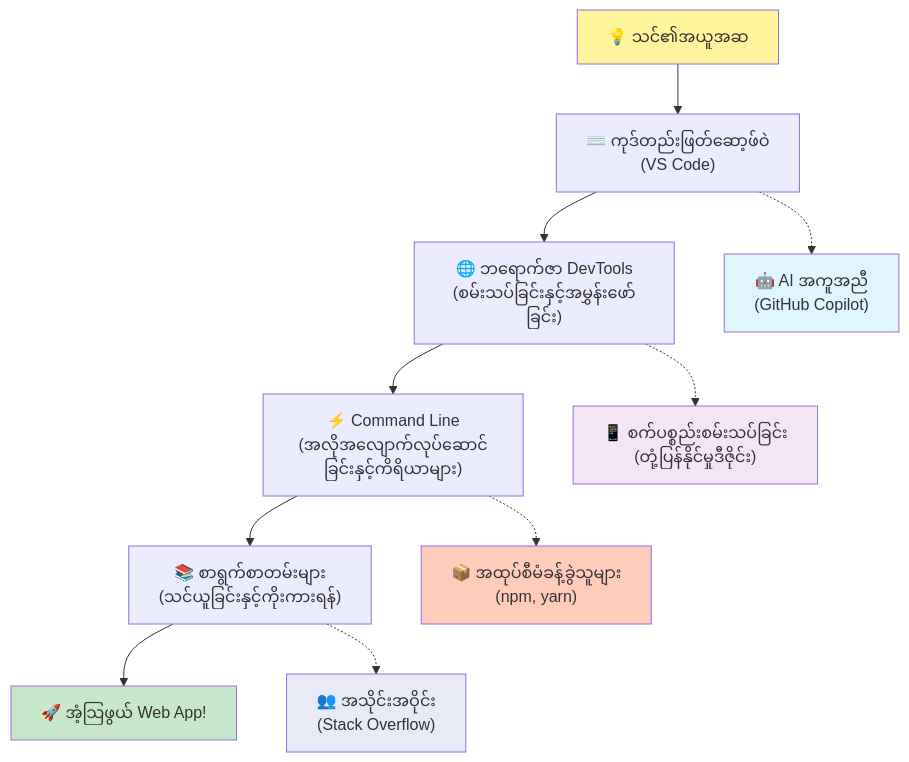
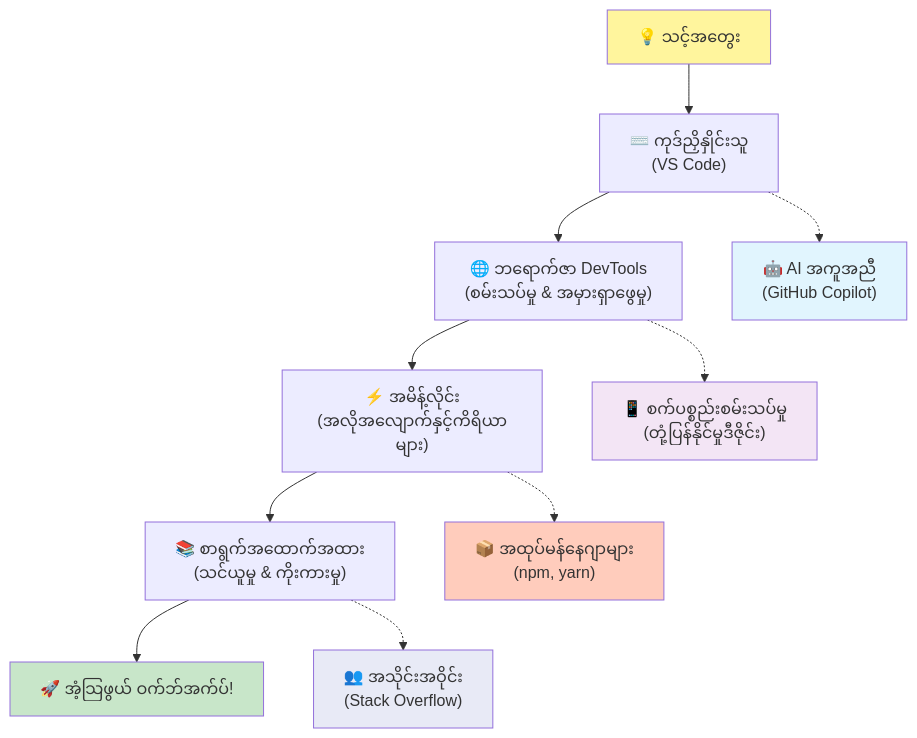
Before and after one commit to microsoft/Web-Dev-For-Beginners: the fifth of 7 diagrams in translations/my/1-getting-started-lessons/1-intro-to-programming-languages/README.md, drawn with Mermaid. The commit also changed other lines of this file and 8 other files, not shown here.

````diff
--- a/translations/my/1-getting-started-lessons/1-intro-to-programming-languages/README.md
+++ b/translations/my/1-getting-started-lessons/1-intro-to-programming-languages/README.md
@@ -487,20 +488,20 @@
 ```mermaid
 graph TD
-    A["💡 သင်၏အယူအဆ"] --> B["⌨️ ကုဒ်တည်းဖြတ်ဆော့ဖ်ဝဲ<br/>(VS Code)"] 
-    B --> C["🌐 ဘရောက်ဇာ DevTools<br/>(စမ်းသပ်ခြင်းနှင့်အမွှန်းဖော်ခြင်း)"]
-    C --> D["⚡ Command Line<br/>(အလိုအလျောက်လုပ်ဆောင်ခြင်းနှင့်ကိရိယာများ)"]
-    D --> E["📚 စာရွက်စာတမ်းများ<br/>(သင်ယူခြင်းနှင့်ကိုးကားရန်)"]
-    E --> F["🚀 အံ့သြဖွယ် Web App!"]
+    A["💡 သင့်အတွေး"] --> B["⌨️ ကုဒ်ညှိနှိုင်းသူ<br/>(VS Code)"] 
+    B --> C["🌐 ဘရောက်ဇာ DevTools<br/>(စမ်းသပ်မှု & အမှားရှာဖွေမှု)"]
+    C --> D["⚡ အမိန့်လိုင်း<br/>(အလိုအလျောက်နှင့်ကိရိယာများ)"]
+    D --> E["📚 စာရွက်အထောက်အထား<br/>(သင်ယူမှု & ကိုးကားမှု)"]
+    E --> F["🚀 အံ့သြဖွယ် ဝက်ဘ်အက်ပ်!"]
     
     B -.-> G["🤖 AI အကူအညီ<br/>(GitHub Copilot)"]
-    C -.-> H["📱 စက်ပစ္စည်းစမ်းသပ်ခြင်း<br/>(တုံ့ပြန်နိုင်မှုဒီဇိုင်း)"]
-    D -.-> I["📦 အထုပ်စီမံခန့်ခွဲသူများ<br/>(npm, yarn)"]
+    C -.-> H["📱 စက်ပစ္စည်းစမ်းသပ်မှု<br/>(တုံ့ပြန်နိုင်မှုဒီဇိုင်း)"]
+    D -.-> I["📦 အထုပ်မန်နေဂျာများ<br/>(npm, yarn)"]
     E -.-> J["👥 အသိုင်းအဝိုင်း<br/>(Stack Overflow)"]
     
     style A fill:#fff59d
     style F fill:#c8e6c9
     style G fill:#e1f5fe
     style H fill:#f3e5f5
     style I fill:#ffccbc
     style J fill:#e8eaf6
-```  
+```
````
